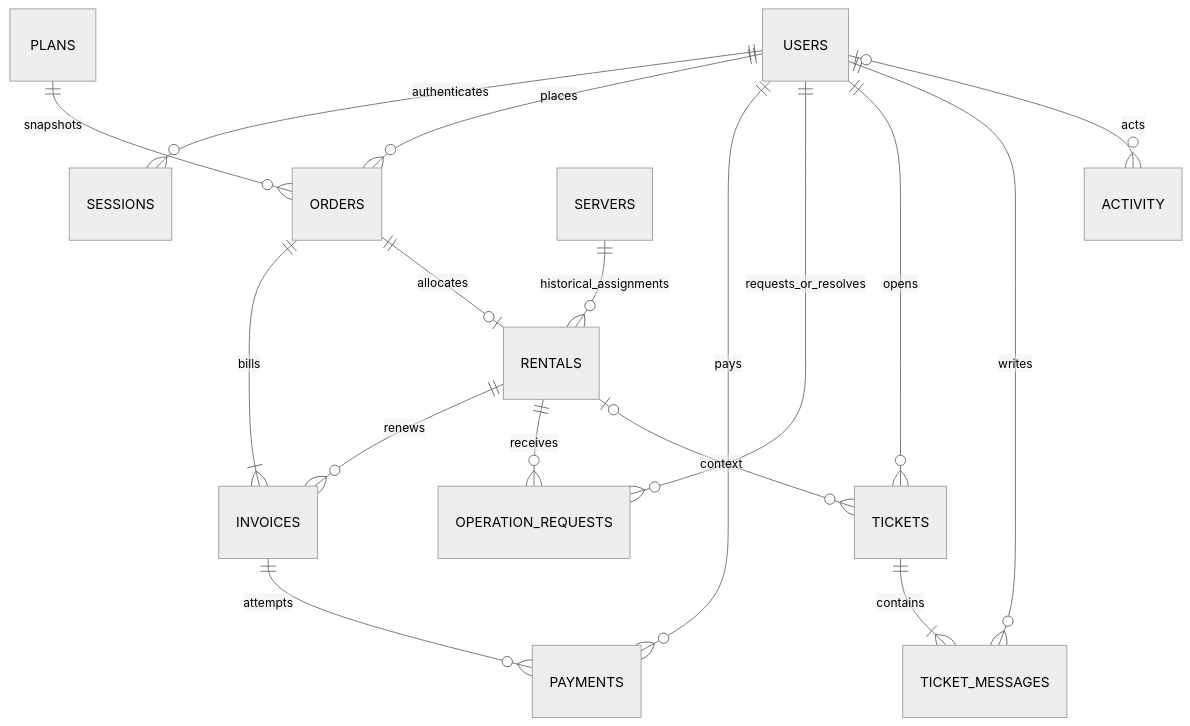
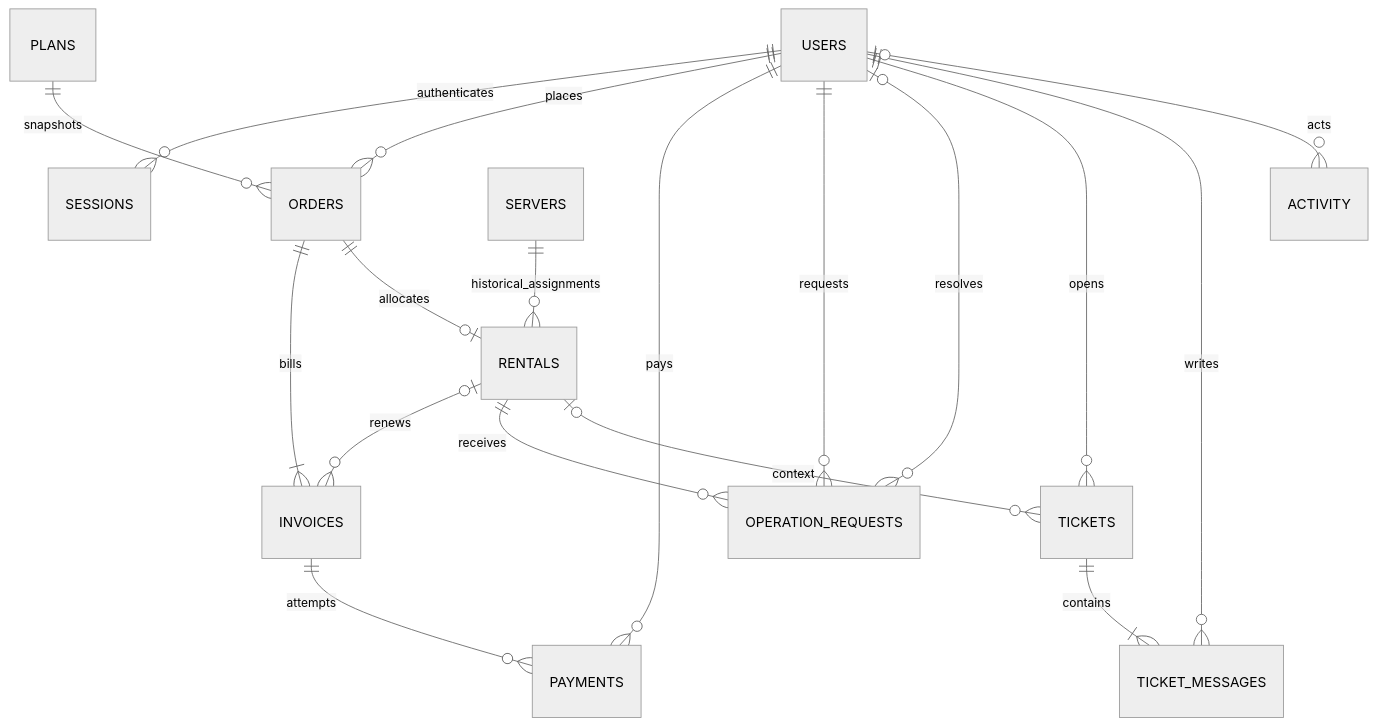
Before and after one commit to shalltearfrost/VPS-Rent.-Virtual-Private-Server-Rental-and-Management-Platform: the diagram in docs/database.md, drawn with Mermaid (neutral theme).

Commit message:
alpha version

````diff
--- a/docs/database.md
+++ b/docs/database.md
@@ -30,19 +30,20 @@
 ```mermaid
 erDiagram
     USERS ||--o{ SESSIONS : authenticates
     USERS ||--o{ ORDERS : places
     PLANS ||--o{ ORDERS : snapshots
     ORDERS ||--|{ INVOICES : bills
     INVOICES ||--o{ PAYMENTS : attempts
     USERS ||--o{ PAYMENTS : pays
     ORDERS ||--o| RENTALS : allocates
     SERVERS ||--o{ RENTALS : historical_assignments
-    RENTALS ||--o{ INVOICES : renews
+    RENTALS o|--o{ INVOICES : renews
     RENTALS ||--o{ OPERATION_REQUESTS : receives
-    USERS ||--o{ OPERATION_REQUESTS : requests_or_resolves
+    USERS ||--o{ OPERATION_REQUESTS : requests
+    USERS o|--o{ OPERATION_REQUESTS : resolves
     USERS ||--o{ TICKETS : opens
     RENTALS o|--o{ TICKETS : context
     TICKETS ||--|{ TICKET_MESSAGES : contains
     USERS ||--o{ TICKET_MESSAGES : writes
     USERS o|--o{ ACTIVITY : acts
 ```
````
